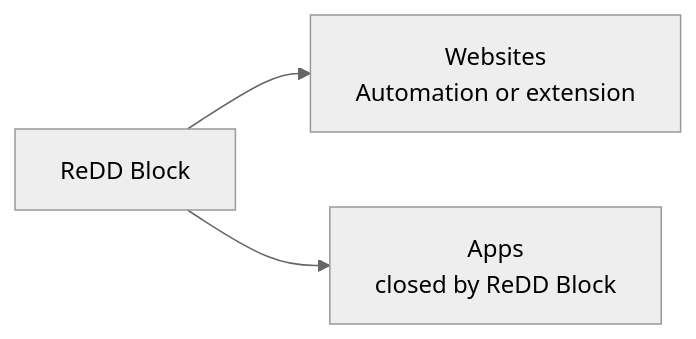
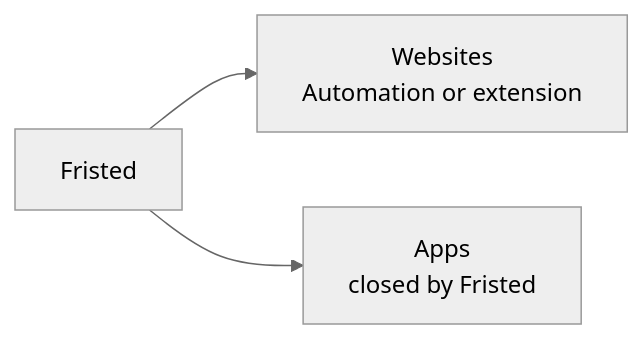
Before and after one commit to kasnder/redd-block: the diagram in README.md, drawn with Mermaid (neutral theme). The commit also changed other lines of this file and 57 other files, not shown here.

````diff
--- a/README.md
+++ b/README.md
@@ -31,6 +31,6 @@
 ```mermaid
 flowchart LR
-  RB[ReDD Block]
+  RB[Fristed]
   RB --> WEB[Websites<br/>Automation or extension]
-  RB --> APP[Apps<br/>closed by ReDD Block]
+  RB --> APP[Apps<br/>closed by Fristed]
 ```
````
